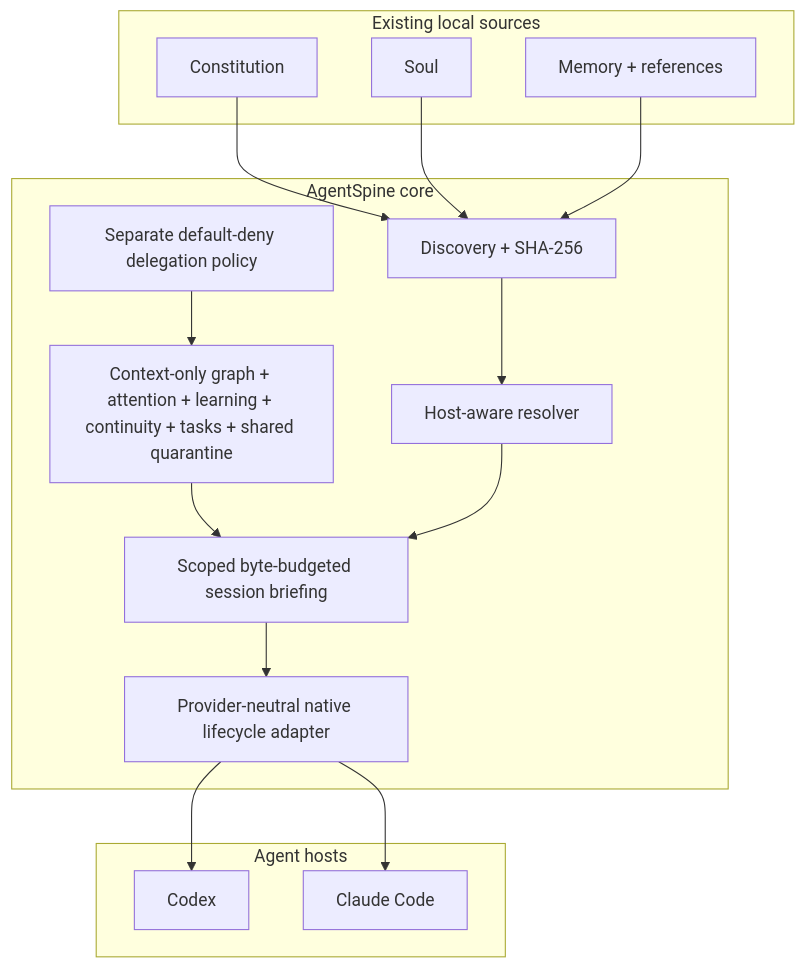
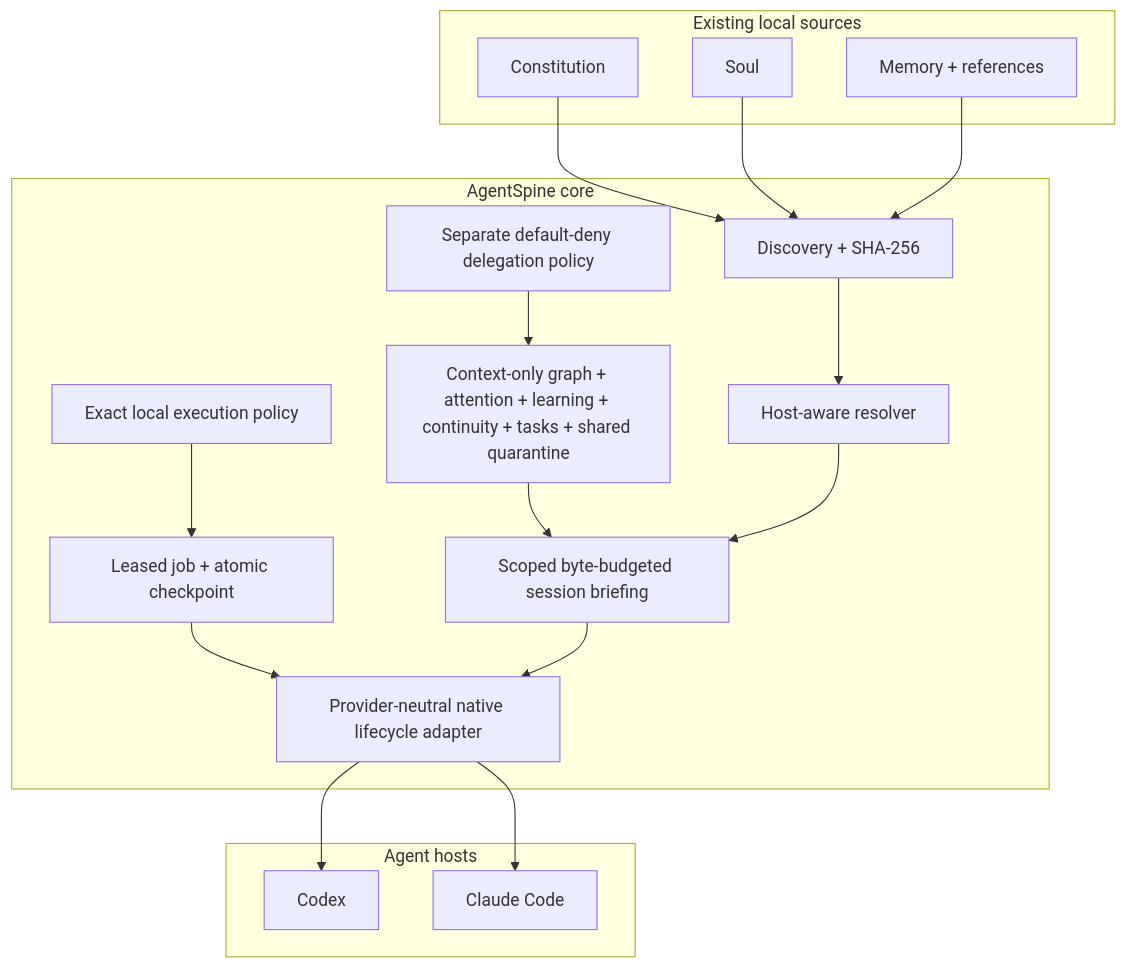
One commit to Maykbiletti/AgentSpine changed the first of 5 diagrams in docs/architecture.md. Above: the diagram before and after it, drawn with Mermaid. The commit also changed other lines of this file and 30 other files, not shown here.

````diff
--- a/docs/architecture.md
+++ b/docs/architecture.md
@@ -7,30 +7,34 @@
 ```mermaid
 flowchart TB
     subgraph Sources["Existing local sources"]
       C["Constitution"]
       S["Soul"]
       M["Memory + references"]
     end
     subgraph Core["AgentSpine core"]
       D["Discovery + SHA-256"]
       R["Host-aware resolver"]
       G["Context-only graph + attention + learning + continuity + tasks + shared quarantine"]
       B["Scoped byte-budgeted session briefing"]
       H["Provider-neutral native lifecycle adapter"]
       P["Separate default-deny delegation policy"]
+      E["Exact local execution policy"]
+      J["Leased job + atomic checkpoint"]
     end
     subgraph Hosts["Agent hosts"]
       X["Codex"]
       L["Claude Code"]
     end
     C --> D
     S --> D
     M --> D
     D --> R
     G --> B
     P --> G
+    E --> J
+    J --> H
     R --> B
     B --> H
     H --> X
     H --> L
 ```
````
